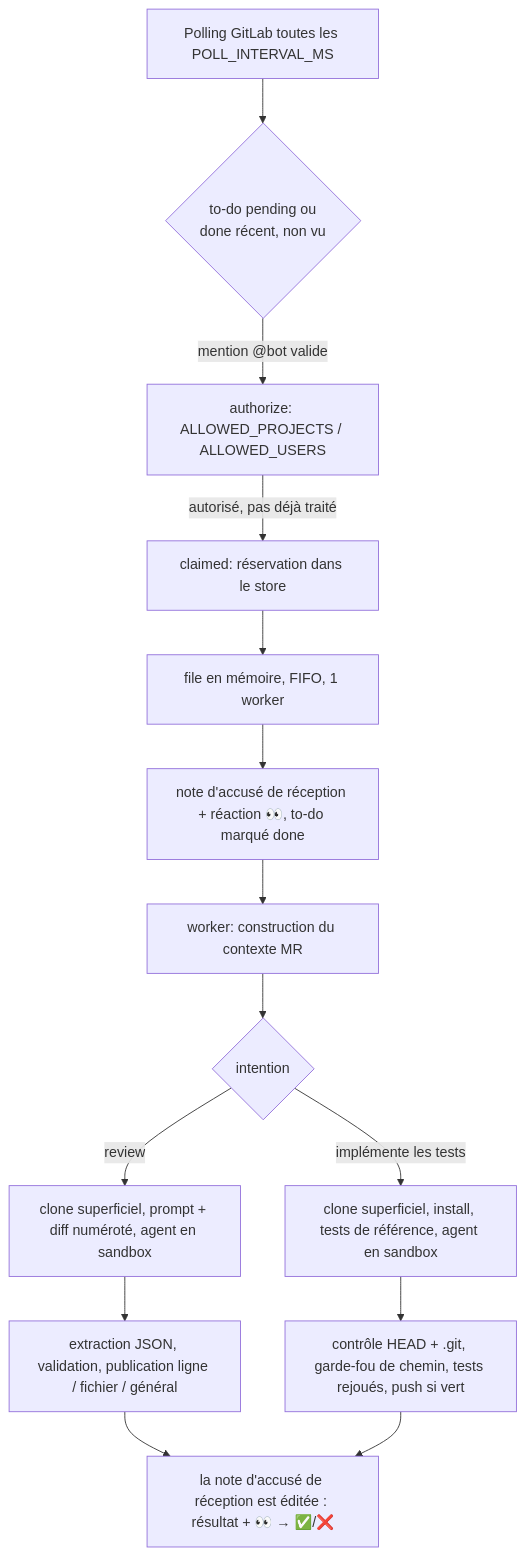
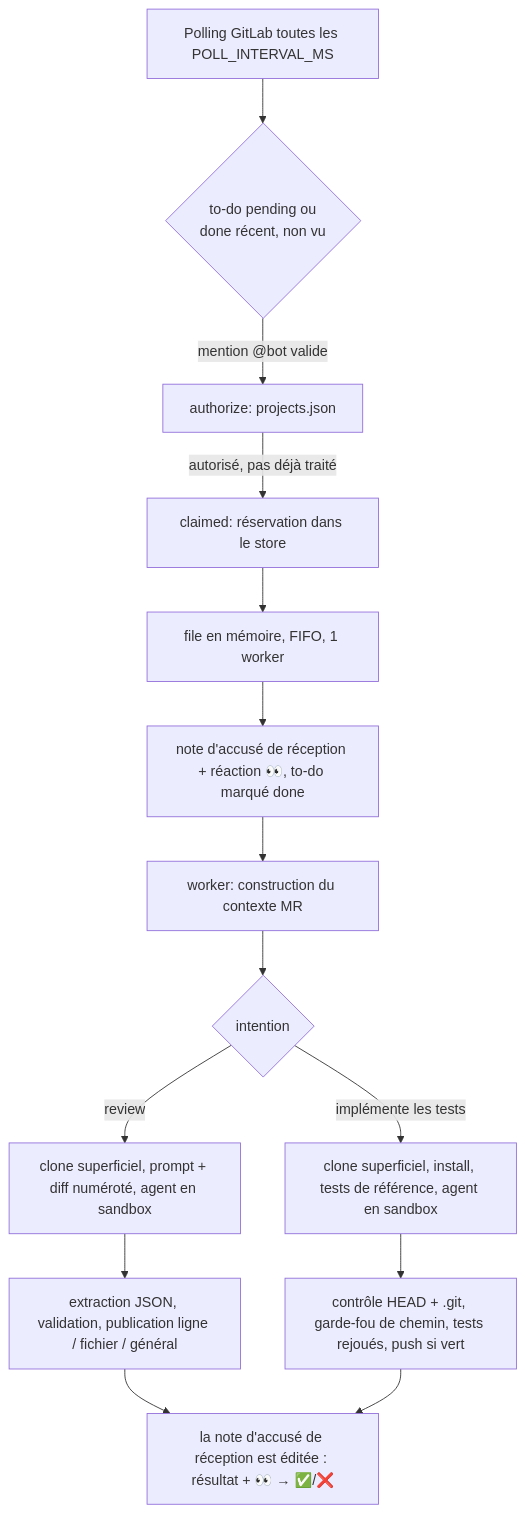
Before and after one commit to Impre-visible/cds-agent: the diagram in README.md, drawn with Mermaid. The commit also changed other lines of this file and 25 other files, not shown here.

````diff
--- a/README.md
+++ b/README.md
@@ -40,16 +40,16 @@
 ```mermaid
 flowchart TD
     A[Polling GitLab toutes les POLL_INTERVAL_MS] --> B{to-do pending ou\ndone récent, non vu}
-    B -->|mention @bot valide| C[authorize: ALLOWED_PROJECTS / ALLOWED_USERS]
+    B -->|mention @bot valide| C[authorize: projects.json]
     C -->|autorisé, pas déjà traité| D[claimed: réservation dans le store]
     D --> E[file en mémoire, FIFO, 1 worker]
     E --> F[note d'accusé de réception + réaction 👀, to-do marqué done]
     F --> G[worker: construction du contexte MR]
     G --> H{intention}
     H -->|review| I[clone superficiel, prompt + diff numéroté, agent en sandbox]
     I --> J[extraction JSON, validation, publication ligne / fichier / général]
     H -->|implémente les tests| K[clone superficiel, install, tests de référence, agent en sandbox]
     K --> L[contrôle HEAD + .git, garde-fou de chemin, tests rejoués, push si vert]
     J --> M[la note d'accusé de réception est éditée : résultat + 👀 → ✅/❌]
     L --> M
 ```
````
